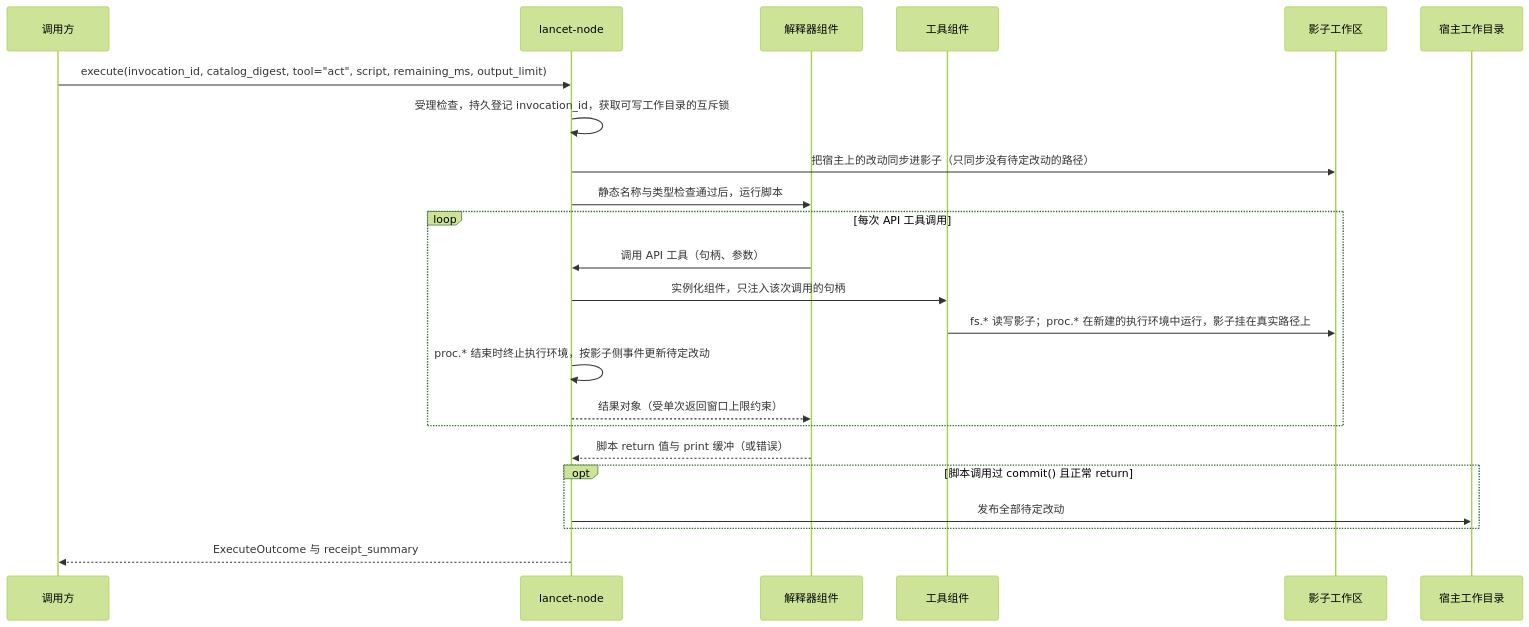
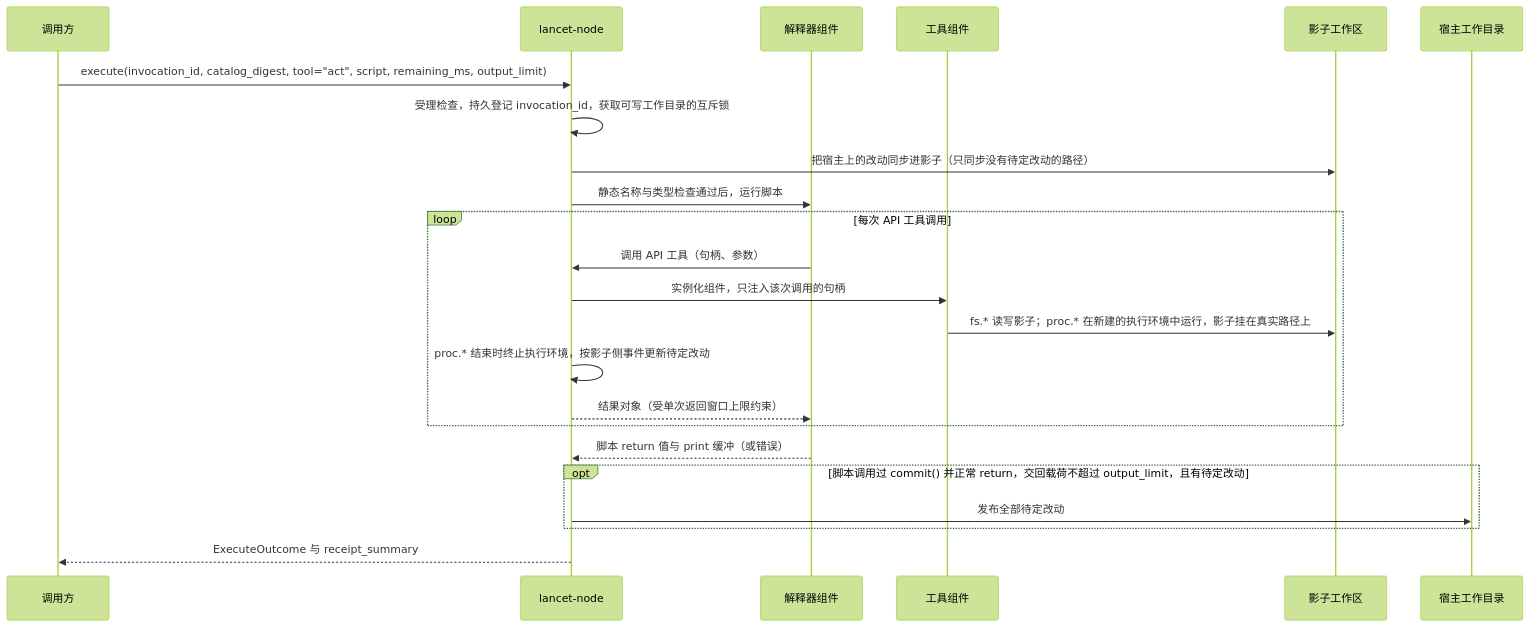
Before and after one commit to Skyline10124/lancet: the diagram in docs/architecture/lancet-node/README.md, drawn with Mermaid (forest theme). The commit also changed 4 other files, not shown here.

First line of the commit message:
docs(architecture): 修正评审指出的四处不一致

````diff
--- a/docs/architecture/lancet-node/README.md
+++ b/docs/architecture/lancet-node/README.md
@@ -66,25 +66,25 @@
 ```mermaid
 sequenceDiagram
     participant C as 调用方
     participant N as lancet-node
     participant I as 解释器组件
     participant T as 工具组件
     participant S as 影子工作区
     participant H as 宿主工作目录
     C->>N: execute(invocation_id, catalog_digest, tool="act", script, remaining_ms, output_limit)
     N->>N: 受理检查，持久登记 invocation_id，获取可写工作目录的互斥锁
     N->>S: 把宿主上的改动同步进影子（只同步没有待定改动的路径）
     N->>I: 静态名称与类型检查通过后，运行脚本
     loop 每次 API 工具调用
         I->>N: 调用 API 工具（句柄、参数）
         N->>T: 实例化组件，只注入该次调用的句柄
         T->>S: fs.* 读写影子；proc.* 在新建的执行环境中运行，影子挂在真实路径上
         N->>N: proc.* 结束时终止执行环境，按影子侧事件更新待定改动
         N-->>I: 结果对象（受单次返回窗口上限约束）
     end
     I-->>N: 脚本 return 值与 print 缓冲（或错误）
-    opt 脚本调用过 commit() 且正常 return
+    opt 脚本调用过 commit() 并正常 return，交回载荷不超过 output_limit，且有待定改动
         N->>H: 发布全部待定改动
     end
     N-->>C: ExecuteOutcome 与 receipt_summary
 ```
````
